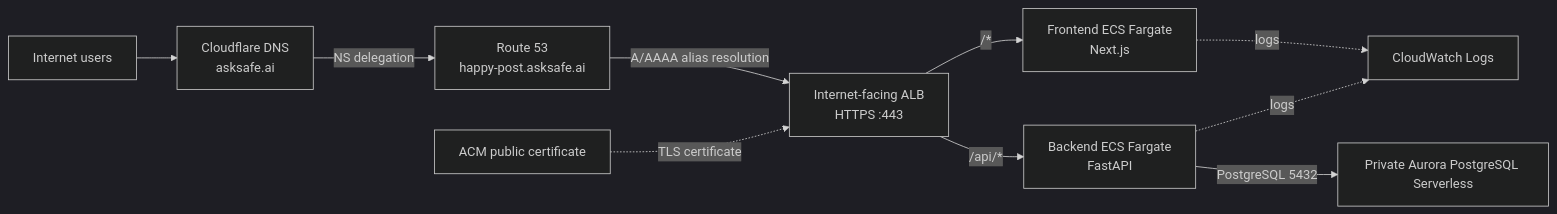
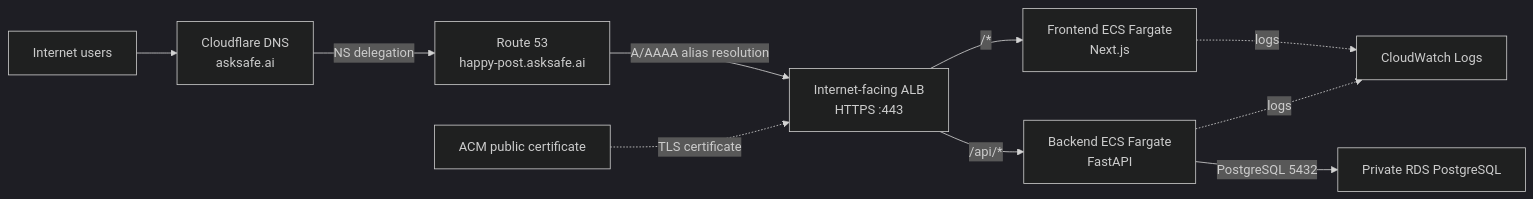
The diagram in README.md (afaryy/happy-post), drawn with Mermaid (dark theme) before and after one commit. The commit also changed other lines of this file and 13 other files, not shown here.

Commit message:
docs: record deployed private RDS PostgreSQL stack

````diff
--- a/README.md
+++ b/README.md
@@ -68,12 +68,12 @@
 ```mermaid
 flowchart LR
     users[Internet users] --> cloudflare[Cloudflare DNS<br/>asksafe.ai]
     cloudflare -->|NS delegation| route53[Route 53<br/>happy-post.asksafe.ai]
     route53 -->|A/AAAA alias resolution| alb[Internet-facing ALB<br/>HTTPS :443]
     acm[ACM public certificate] -. "TLS certificate" .-> alb
     alb -->|/*| frontend[Frontend ECS Fargate<br/>Next.js]
     alb -->|/api/*| backend[Backend ECS Fargate<br/>FastAPI]
-    backend -->|PostgreSQL 5432| aurora[Private Aurora PostgreSQL Serverless]
+    backend -->|PostgreSQL 5432| rds[Private RDS PostgreSQL]
     frontend -. logs .-> logs[CloudWatch Logs]
     backend -. logs .-> logs
 ```
````
